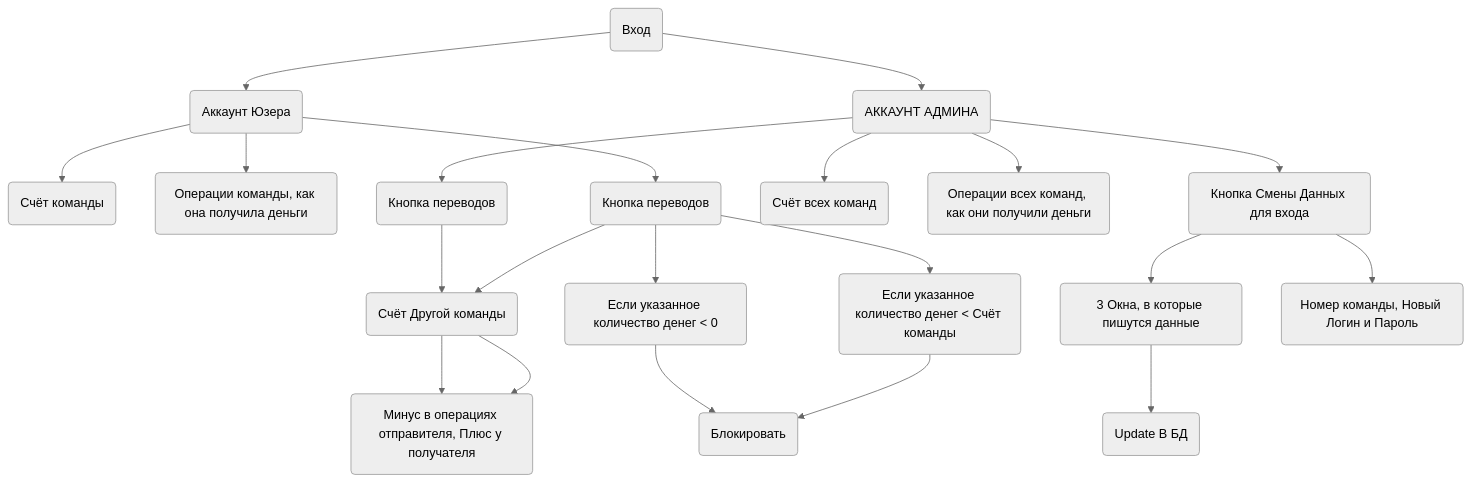
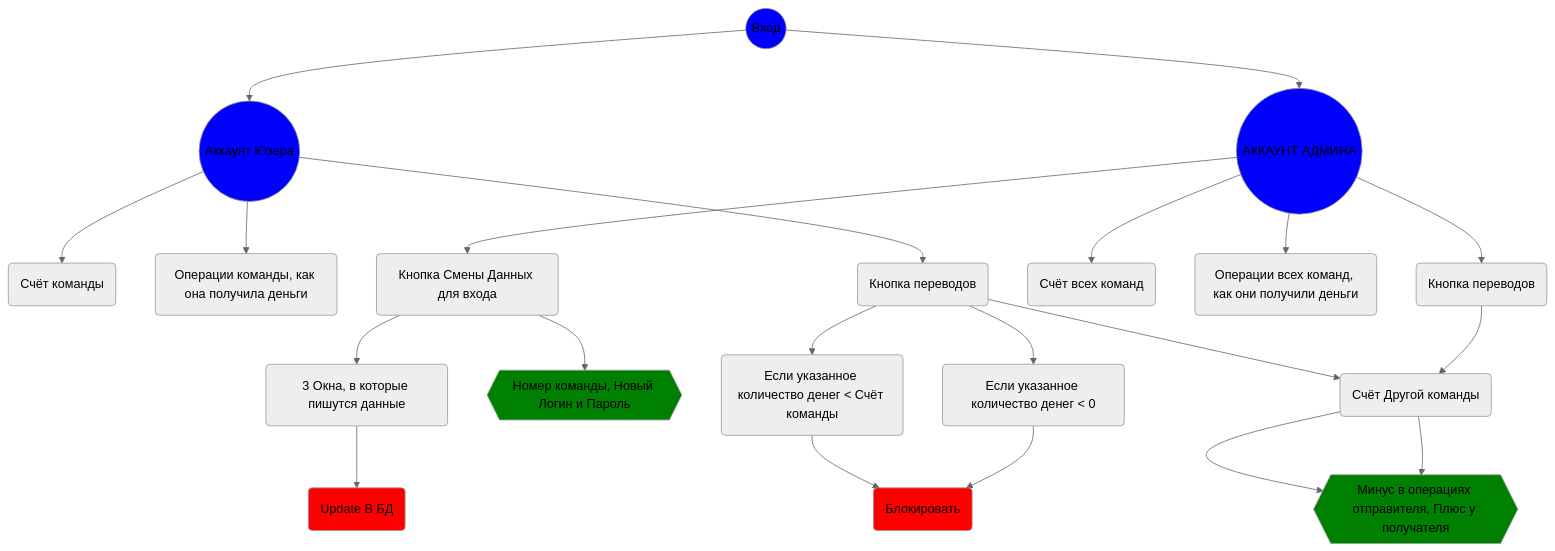
The diagram in README.md (C0nflu3nc3/mic), drawn with Mermaid (neutral theme) before and after one commit.

````diff
--- a/README.md
+++ b/README.md
@@ -13,42 +13,49 @@
 ```mermaid 
 flowchart TD;
-vhod(Вход) 
-User_Acc(Аккаунт Юзера)
+vhod((Вход))
+style vhod fill : blue 
+style User_Acc fill : blue 
+style Admin_Acc fill : blue 
+User_Acc((Аккаунт Юзера))
 UserScore(Счёт команды)
 UserOp(Операции команды, как она получила деньги)
 Perevod1(Кнопка переводов)
 Perevod2(Кнопка переводов)
 OtherTeam(Счёт Другой команды)
-Perevod1_dop(Минус в операциях отправителя, Плюс у получателя)
+Perevod1_dop{{Минус в операциях отправителя, Плюс у получателя}}
+style Perevod1_dop fill : green 
+style Okna_dop fill : green 
 ifPerevod1(Если указанное количество денег < Счёт команды)
 ifPerevod2(Если указанное количество денег < 0 )
 block(Блокировать)
-Admin_Acc(АККАУНТ АДМИНА)
+style block fill : red 
+Admin_Acc((АККАУНТ АДМИНА))
 AdminScore(Счёт всех команд)
 AdminOp(Операции всех команд, как они получили деньги)
 AdminChange(Кнопка Смены Данных для входа)
 Okna(3 Окна, в которые пишутся данные)
-Okna_dop(Номер команды, Новый Логин и Пароль)
+Okna_dop{{Номер команды, Новый Логин и Пароль}}
 OknaBD(Update В БД)
+style OknaBD fill : red 
 
 vhod-->User_Acc
 User_Acc-->UserScore
 User_Acc-->UserOp
 User_Acc-->Perevod1 
 Perevod1-->OtherTeam 
 OtherTeam-->Perevod1_dop
 Perevod1-->ifPerevod1
 Perevod1-->ifPerevod2
 ifPerevod1-->block
 ifPerevod2-->block
 vhod-->Admin_Acc
 Admin_Acc-->AdminScore
 Admin_Acc-->AdminOp 
 Admin_Acc-->Perevod2
 Admin_Acc-->AdminChange
 AdminChange-->Okna 
 AdminChange-->Okna_dop
 Okna-->OknaBD
 Perevod2-->OtherTeam
 OtherTeam-->Perevod1_dop
 ```
````
